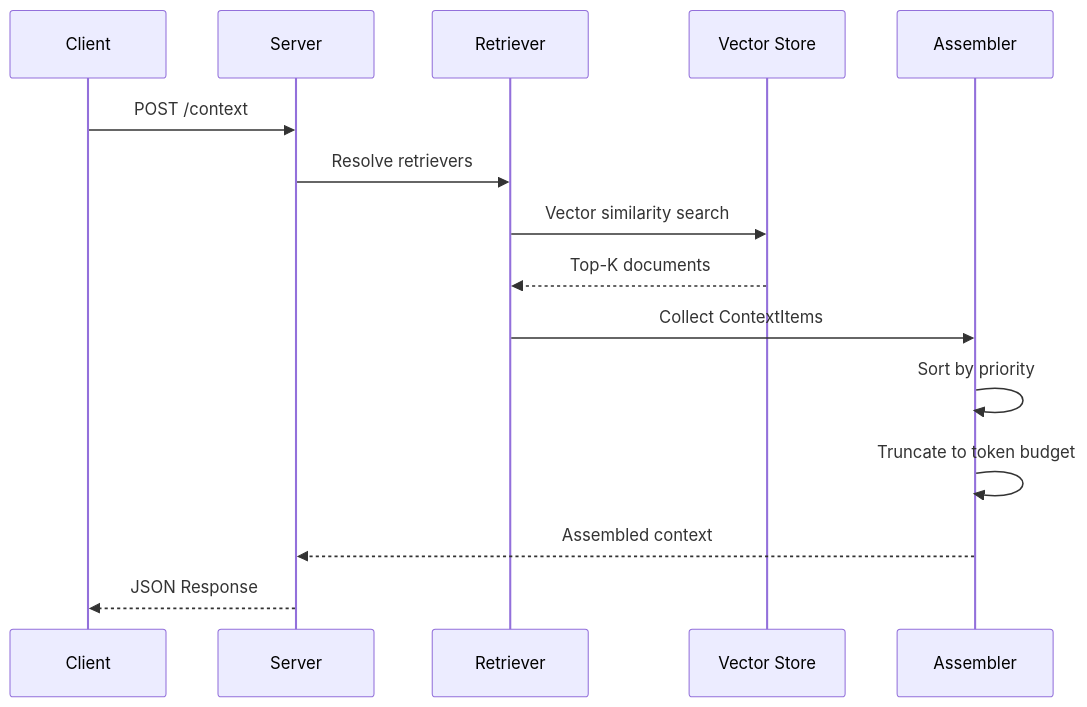
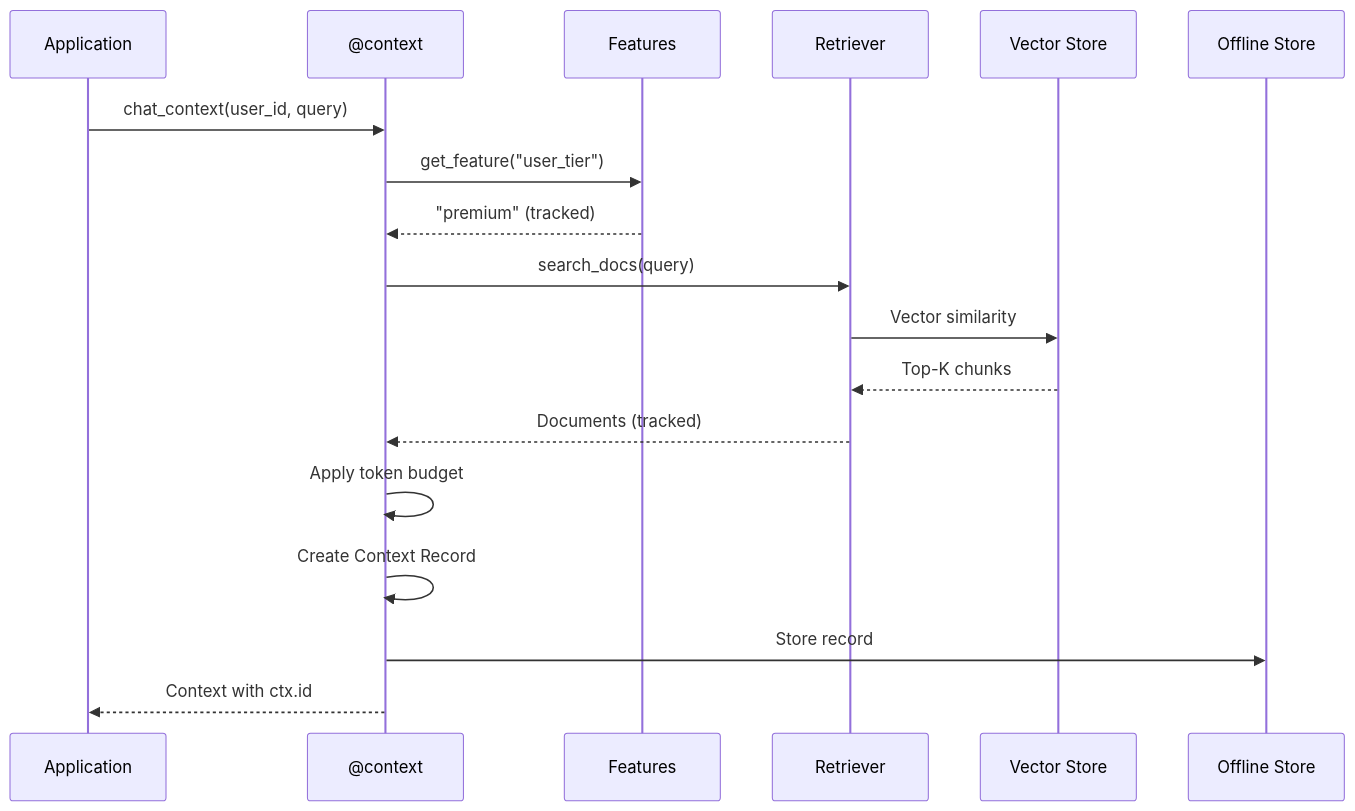
The second of 2 diagrams in docs/architecture.md (davidahmann/fabra), drawn with Mermaid before and after one commit. The commit also changed other lines of this file and 2 other files, not shown here.

First line of the commit message:
docs: rewrite core docs with Context Record focus

````diff
--- a/docs/architecture.md
+++ b/docs/architecture.md
@@ -135,18 +208,21 @@
 ```mermaid
 sequenceDiagram
-    participant C as Client
-    participant S as Server
+    participant A as Application
+    participant C as @context
+    participant F as Features
     participant R as Retriever
     participant V as Vector Store
-    participant A as Assembler
+    participant O as Offline Store
 
-    C->>S: POST /context
-    S->>R: Resolve retrievers
-    R->>V: Vector similarity search
-    V-->>R: Top-K documents
-    R->>A: Collect ContextItems
-    A->>A: Sort by priority
-    A->>A: Truncate to token budget
-    A-->>S: Assembled context
-    S-->>C: JSON Response
+    A->>C: chat_context(user_id, query)
+    C->>F: get_feature("user_tier")
+    F-->>C: "premium" (tracked)
+    C->>R: search_docs(query)
+    R->>V: Vector similarity
+    V-->>R: Top-K chunks
+    R-->>C: Documents (tracked)
+    C->>C: Apply token budget
+    C->>C: Create Context Record
+    C->>O: Store record
+    C-->>A: Context with ctx.id
 ```
````
